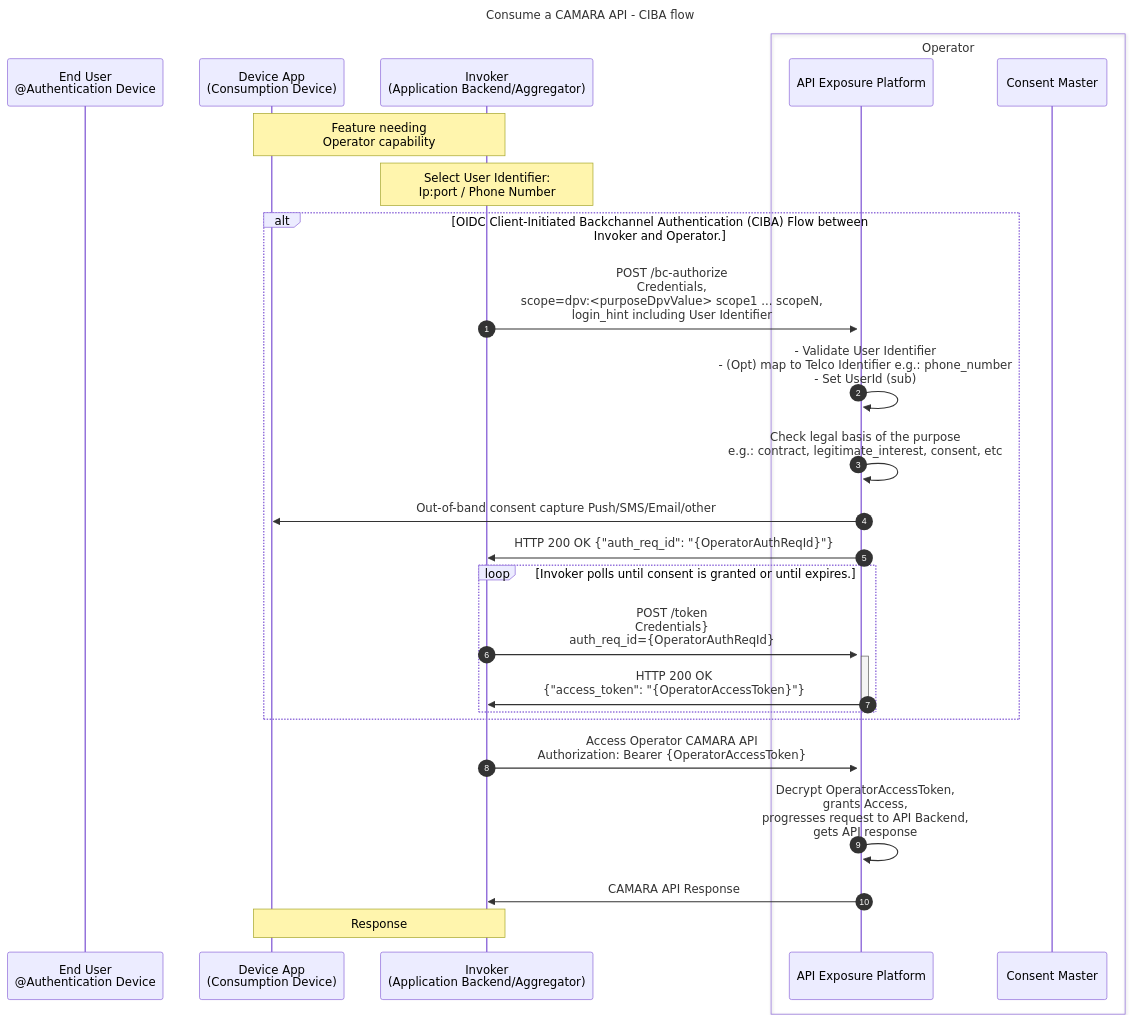
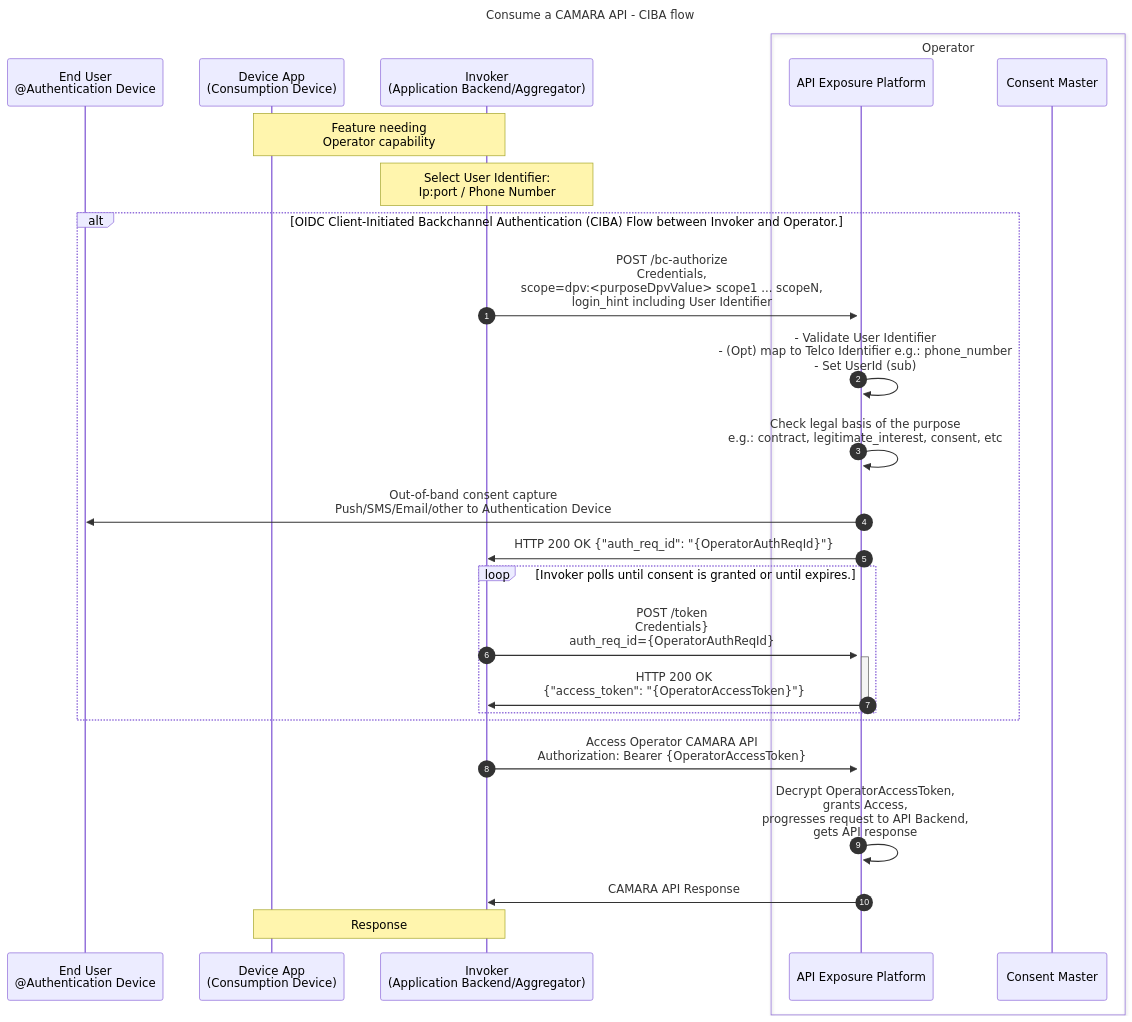
The second of 2 diagrams in documentation/CAMARA-API-access-and-user-consent.md (camaraproject/IdentityAndConsentManagement), drawn with Mermaid before and after one commit.

Commit message:
Correction: message goes to Authentication Device

````diff
--- a/documentation/CAMARA-API-access-and-user-consent.md
+++ b/documentation/CAMARA-API-access-and-user-consent.md
@@ -201,31 +201,31 @@
 ```mermaid
 sequenceDiagram
 autonumber
 title Consume a CAMARA API - CIBA flow
 participant User as End User<br>@Authentication Device
 participant FE as Device App<br>(Consumption Device)
 participant BE as Invoker<br>(Application Backend/Aggregator)  
 box Operator
   participant ExpO as API Exposure Platform  
   participant Consent as Consent Master
 end
 
 Note over FE,BE: Feature needing<br>Operator capability  
 Note over BE: Select User Identifier:<br>Ip:port / Phone Number  
 
 alt OIDC Client-Initiated Backchannel Authentication (CIBA) Flow between Invoker and Operator.
   BE->>+ExpO: POST /bc-authorize<br> Credentials,<br>scope=dpv:<purposeDpvValue> scope1 ... scopeN,<br>login_hint including User Identifier    
   ExpO->>ExpO: - Validate User Identifier<br>- (Opt) map to Telco Identifier e.g.: phone_number<br>- Set UserId (sub)  
   ExpO->>ExpO: Check legal basis of the purpose<br> e.g.: contract, legitimate_interest, consent, etc
-  ExpO->>FE: Out-of-band consent capture Push/SMS/Email/other
+  ExpO->>User: Out-of-band consent capture<br>Push/SMS/Email/other to Authentication Device
   ExpO->>BE: HTTP 200 OK {"auth_req_id": "{OperatorAuthReqId}"}
   loop Invoker polls until consent is granted or until expires.
     BE->>+ExpO: POST /token <br>Credentials}<br>auth_req_id={OperatorAuthReqId}    
     ExpO->>-BE: HTTP 200 OK <br>{"access_token": "{OperatorAccessToken}"}
   end  
 end
 BE->>ExpO: Access Operator CAMARA API<br>Authorization: Bearer {OperatorAccessToken}    
 ExpO->>ExpO: Decrypt OperatorAccessToken,<br>grants Access,<br>progresses request to API Backend,<br>gets API response  
 ExpO->>BE: CAMARA API Response
 Note over BE,FE: Response
 ```
````
